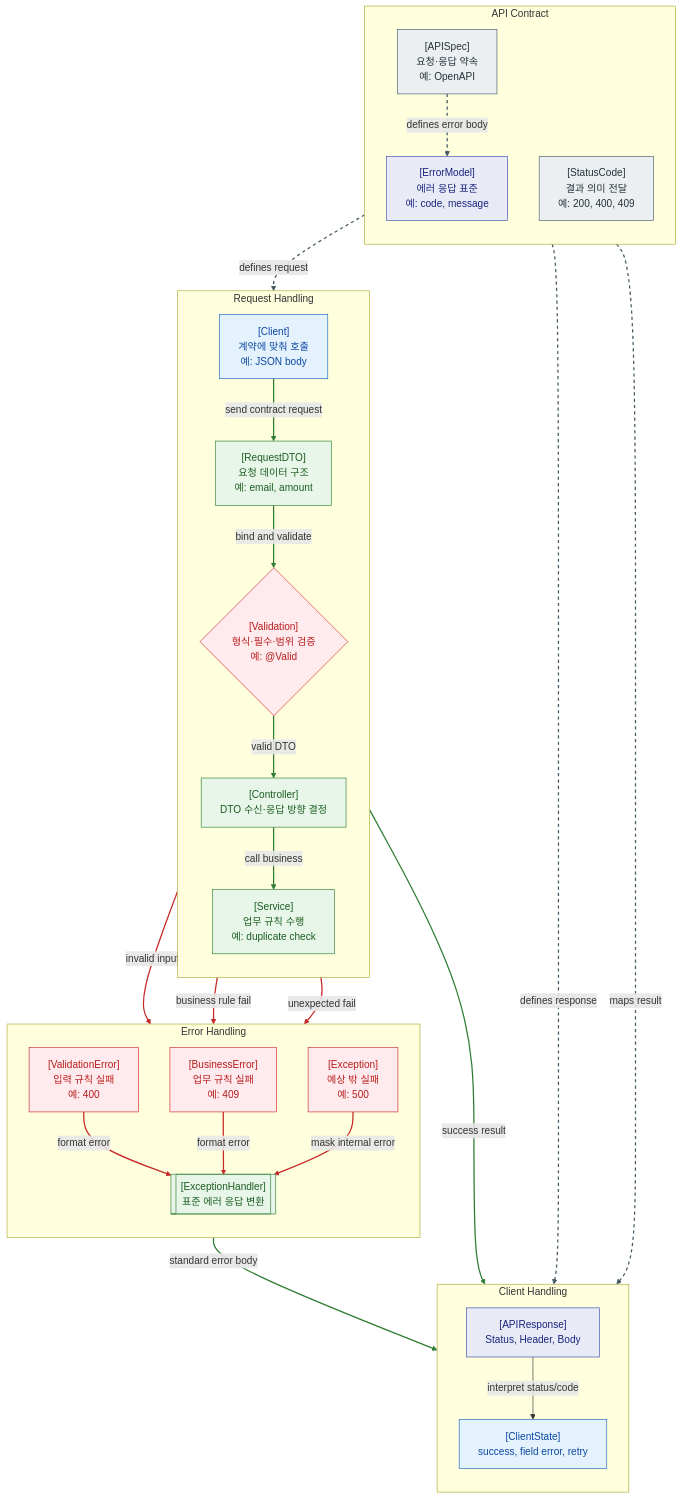
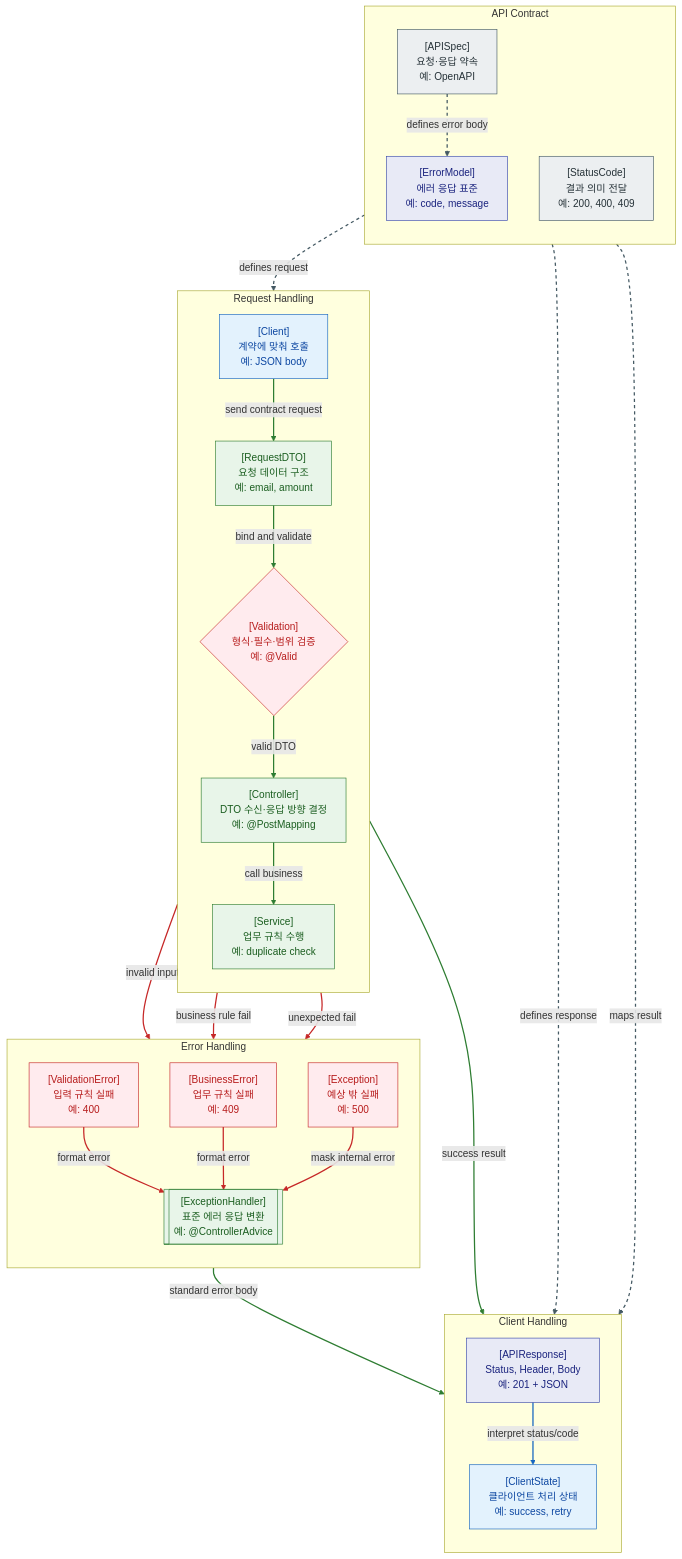
The diagram in content/Web-지도/19. API Contract, Error Response, Validation 지도.md (thisis-joe/thisis-joe.github.io), drawn with Mermaid before and after one commit. The commit also changed other lines of this file and 595 other files, not shown here.

````diff
--- a/content/Web-지도/19. API Contract, Error Response, Validation 지도.md
+++ b/content/Web-지도/19. API Contract, Error Response, Validation 지도.md
@@ -14,67 +14,68 @@
 ```mermaid
 flowchart TB
 
 subgraph CONTRACT["API Contract"]
 direction TB
 SPEC["[APISpec]<br/>요청·응답 약속<br/>예: OpenAPI"]
 STATUS["[StatusCode]<br/>결과 의미 전달<br/>예: 200, 400, 409"]
 ERRORMODEL["[ErrorModel]<br/>에러 응답 표준<br/>예: code, message"]
 end
 
 subgraph REQUEST_FLOW["Request Handling"]
 direction TB
 CLIENT["[Client]<br/>계약에 맞춰 호출<br/>예: JSON body"]
 DTO["[RequestDTO]<br/>요청 데이터 구조<br/>예: email, amount"]
 VALID{"[Validation]<br/>형식·필수·범위 검증<br/>예: @Valid"}
-CONTROLLER["[Controller]<br/>DTO 수신·응답 방향 결정"]
+CONTROLLER["[Controller]<br/>DTO 수신·응답 방향 결정<br/>예: @PostMapping"]
 SERVICE["[Service]<br/>업무 규칙 수행<br/>예: duplicate check"]
 end
 
 subgraph ERROR_FLOW["Error Handling"]
 direction TB
 BINDERR["[ValidationError]<br/>입력 규칙 실패<br/>예: 400"]
 BIZERR["[BusinessError]<br/>업무 규칙 실패<br/>예: 409"]
 EXCEPTION["[Exception]<br/>예상 밖 실패<br/>예: 500"]
-HANDLER[["[ExceptionHandler]<br/>표준 에러 응답 변환"]]
+HANDLER[["[ExceptionHandler]<br/>표준 에러 응답 변환<br/>예: @ControllerAdvice"]]
 end
 
 subgraph RESPONSE_FLOW["Client Handling"]
 direction TB
-RESPONSE["[APIResponse]<br/>Status, Header, Body"]
-CLIENTSTATE["[ClientState]<br/>success, field error, retry"]
+RESPONSE["[APIResponse]<br/>Status, Header, Body<br/>예: 201 + JSON"]
+CLIENTSTATE["[ClientState]<br/>클라이언트 처리 상태<br/>예: success, retry"]
 end
 
 SPEC -.->|defines request| DTO
 SPEC -.->|defines response| RESPONSE
 SPEC -.->|defines error body| ERRORMODEL
 STATUS -.->|maps result| RESPONSE
 CLIENT -->|send contract request| DTO
 DTO -->|bind and validate| VALID
 VALID -->|valid DTO| CONTROLLER
 VALID -->|invalid input| BINDERR
 CONTROLLER -->|call business| SERVICE
 SERVICE -->|success result| RESPONSE
 SERVICE -->|business rule fail| BIZERR
 SERVICE -->|unexpected fail| EXCEPTION
 BINDERR -->|format error| HANDLER
 BIZERR -->|format error| HANDLER
 EXCEPTION -->|mask internal error| HANDLER
 HANDLER -->|standard error body| RESPONSE
 RESPONSE -->|interpret status/code| CLIENTSTATE
 
 classDef client fill:#E3F2FD,stroke:#1565C0,color:#0D47A1;
 classDef server fill:#E8F5E9,stroke:#2E7D32,color:#1B5E20;
 classDef ops fill:#ECEFF1,stroke:#455A64,color:#263238;
 classDef security fill:#FFEBEE,stroke:#C62828,color:#B71C1C;
 classDef response fill:#E8EAF6,stroke:#3949AB,color:#1A237E;
 
 class CLIENT,CLIENTSTATE client;
 class DTO,CONTROLLER,SERVICE,HANDLER server;
 class SPEC,STATUS ops;
 class VALID,BINDERR,BIZERR,EXCEPTION security;
 class ERRORMODEL,RESPONSE response;
 
 linkStyle 0,1,2,3 stroke:#455A64,stroke-width:2px,stroke-dasharray:5 5;
 linkStyle 4,5,6,8,9,15 stroke:#2E7D32,stroke-width:2px;
 linkStyle 7,10,11,12,13,14 stroke:#C62828,stroke-width:2px;
+linkStyle 16 stroke:#1565C0,stroke-width:2px;
 ```
````
